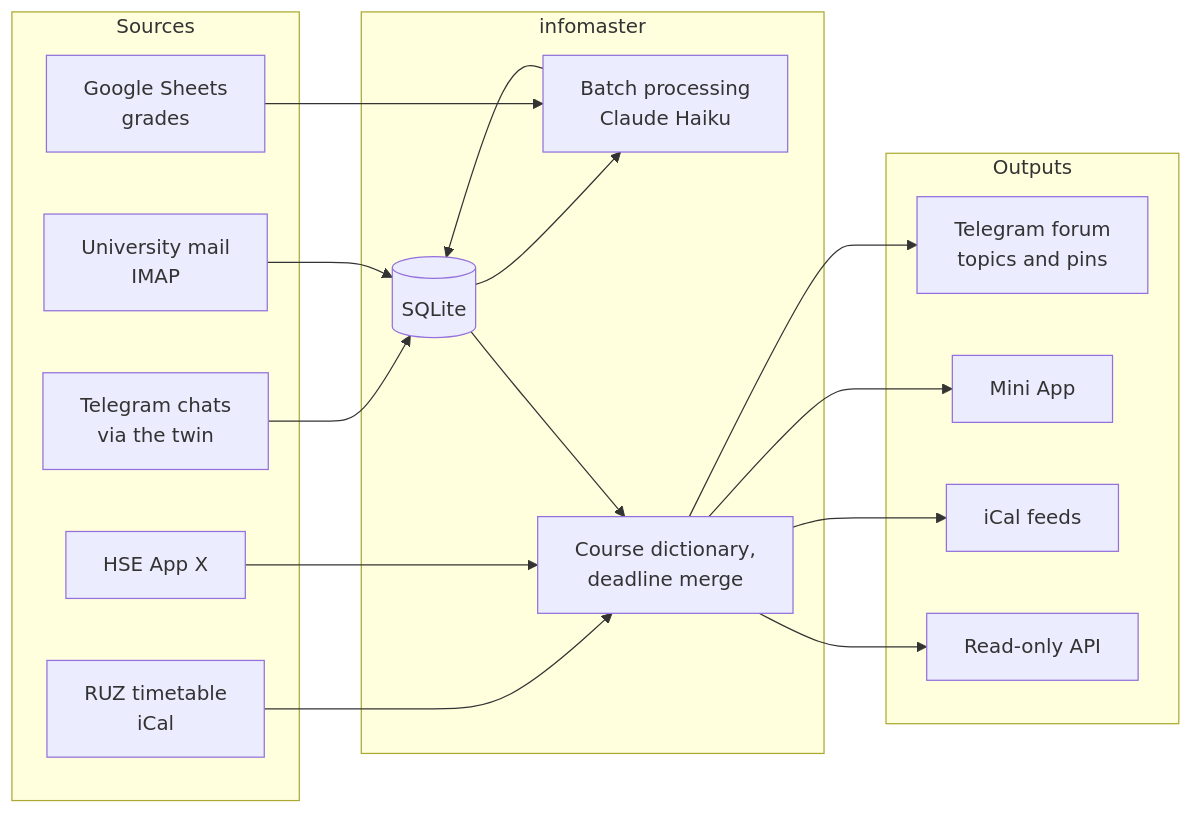
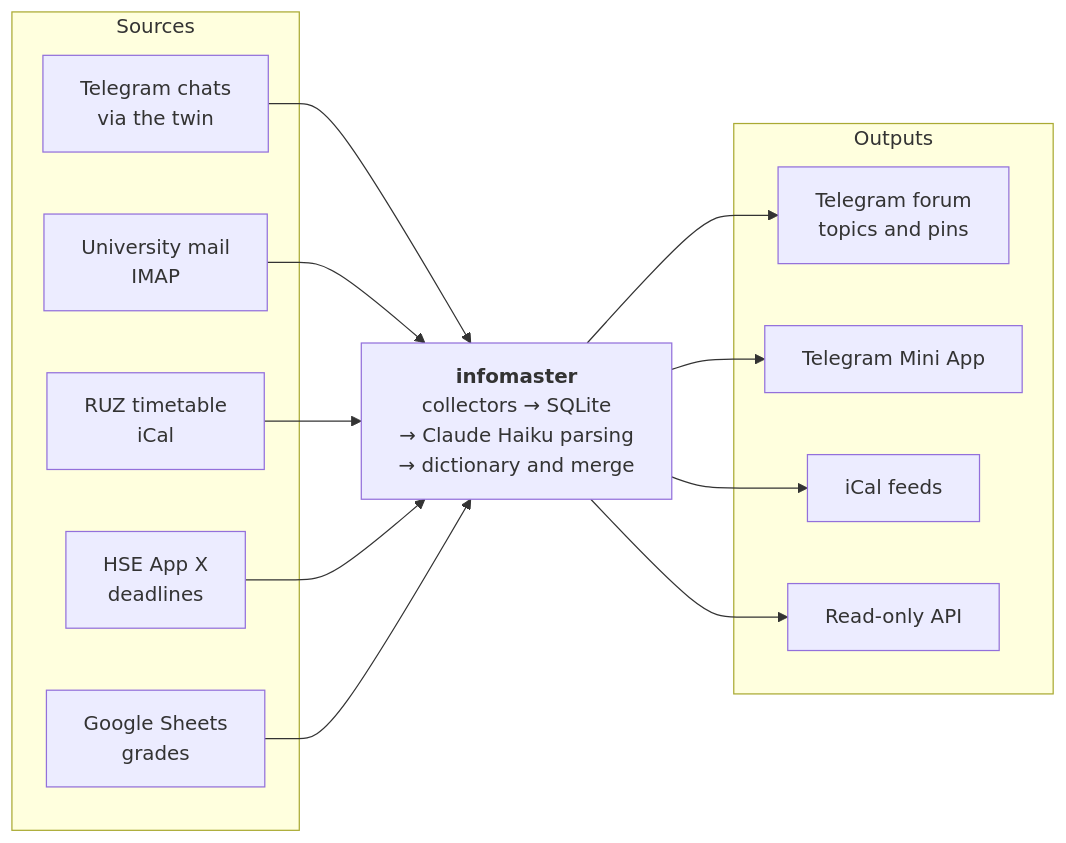
Before and after one commit to IvanIkra/infomaster: the diagram in README.md, drawn with Mermaid.

Commit message:
README: three-column architecture diagram

````diff
--- a/README.md
+++ b/README.md
@@ -37,32 +37,19 @@
 ```mermaid
 flowchart LR
     subgraph Sources
         TG[Telegram chats<br/>via the twin]
         MAIL[University mail<br/>IMAP]
         RUZ[RUZ timetable<br/>iCal]
-        HSE[HSE App X]
+        HSE[HSE App X<br/>deadlines]
         GS[Google Sheets<br/>grades]
     end
-    subgraph infomaster
-        DB[(SQLite)]
-        LLM[Batch processing<br/>Claude Haiku]
-        MERGE[Course dictionary,<br/>deadline merge]
-    end
+    CORE[<b>infomaster</b><br/>collectors → SQLite<br/>→ Claude Haiku parsing<br/>→ dictionary and merge]
     subgraph Outputs
         FORUM[Telegram forum<br/>topics and pins]
-        APP[Mini App]
+        APP[Telegram Mini App]
         ICS[iCal feeds]
         API[Read-only API]
     end
-    TG --> DB
-    MAIL --> DB
-    DB --> LLM --> DB
-    RUZ --> MERGE
-    HSE --> MERGE
-    GS --> LLM
-    DB --> MERGE
-    MERGE --> FORUM
-    MERGE --> APP
-    MERGE --> ICS
-    MERGE --> API
+    TG & MAIL & RUZ & HSE & GS --> CORE
+    CORE --> FORUM & APP & ICS & API
 ```
````
